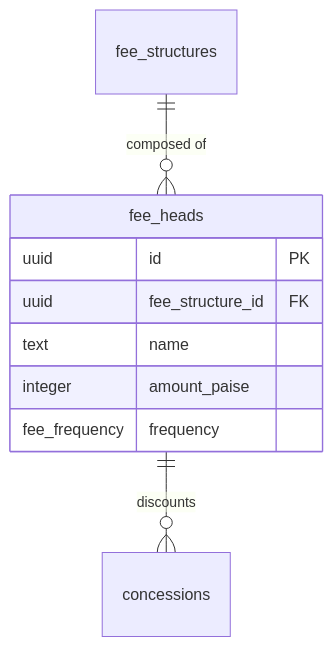
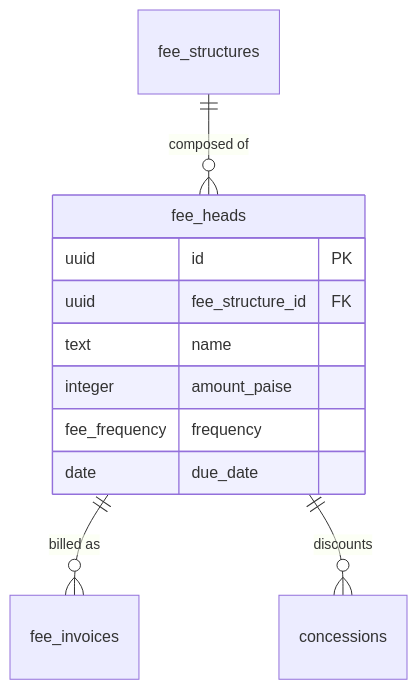
Before and after one commit to rahmat058/school-flow-ai: diagram 25 of 45 in docs/backend/Database.md, drawn with Mermaid. The commit also changed other lines of this file and 35 other files, not shown here.

````diff
--- a/docs/backend/Database.md
+++ b/docs/backend/Database.md
@@ -992,12 +999,14 @@
 ```mermaid
 erDiagram
   fee_structures ||--o{ fee_heads : "composed of"
+  fee_heads ||--o{ fee_invoices : "billed as"
   fee_heads ||--o{ concessions : "discounts"
   fee_heads {
     uuid id PK
     uuid fee_structure_id FK
     text name
     integer amount_paise
     fee_frequency frequency
+    date due_date
   }
 ```
````
